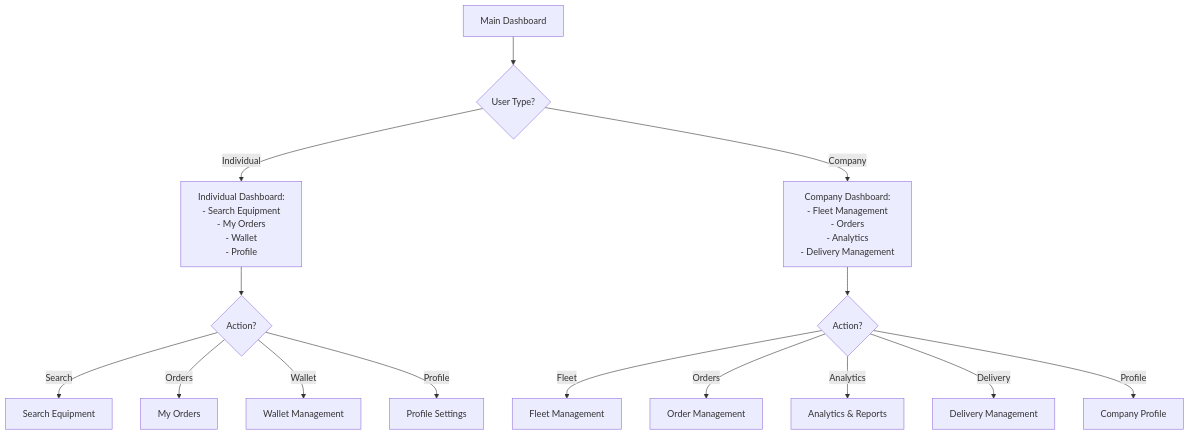
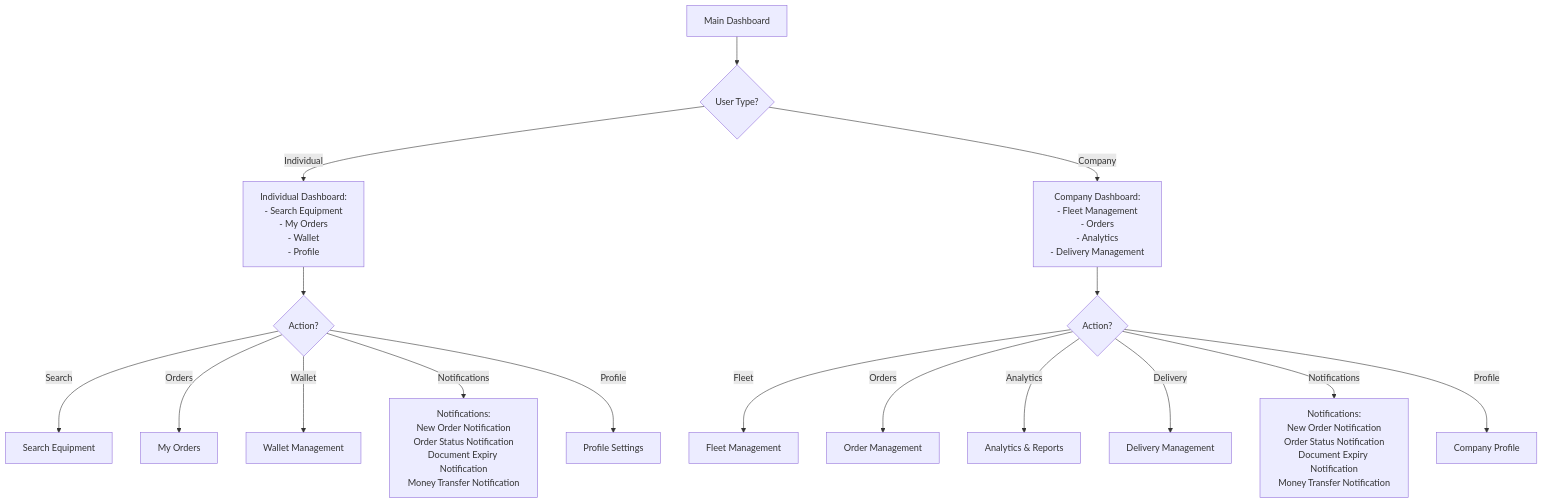
The second of 15 diagrams in 04_User_Experience_Flows.md (engaotb/YARDR), drawn with Mermaid before and after one commit. The commit also changed other lines of this file, not shown here.

First line of the commit message:
Update flowcharts with actual MVP details

````diff
--- a/04_User_Experience_Flows.md
+++ b/04_User_Experience_Flows.md
@@ -94,21 +94,23 @@
 ```mermaid
 flowchart TD
     Dashboard[Main Dashboard] --> UserType{User Type?}
     
     UserType -->|Individual| IndividualDashboard[Individual Dashboard:<br/>- Search Equipment<br/>- My Orders<br/>- Wallet<br/>- Profile]
     
     UserType -->|Company| CompanyDashboard[Company Dashboard:<br/>- Fleet Management<br/>- Orders<br/>- Analytics<br/>- Delivery Management]
     
     IndividualDashboard --> IndividualAction{Action?}
     IndividualAction -->|Search| EquipmentSearch[Search Equipment]
     IndividualAction -->|Orders| MyOrders[My Orders]
     IndividualAction -->|Wallet| Wallet[Wallet Management]
+    IndividualAction -->|Notifications| Notifications[Notifications:<br/>New Order Notification<br/>Order Status Notification<br/>Document Expiry Notification<br/>Money Transfer Notification]
     IndividualAction -->|Profile| Profile[Profile Settings]
     
     CompanyDashboard --> CompanyAction{Action?}
     CompanyAction -->|Fleet| FleetManagement[Fleet Management]
     CompanyAction -->|Orders| OrderManagement[Order Management]
     CompanyAction -->|Analytics| Analytics[Analytics & Reports]
     CompanyAction -->|Delivery| DeliveryManagement[Delivery Management]
+    CompanyAction -->|Notifications| CompanyNotifications[Notifications:<br/>New Order Notification<br/>Order Status Notification<br/>Document Expiry Notification<br/>Money Transfer Notification]
     CompanyAction -->|Profile| CompanyProfile[Company Profile]
 ```
````
